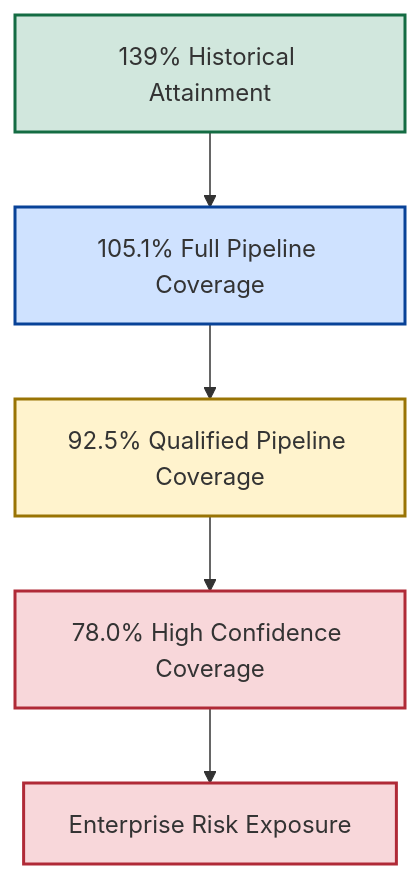
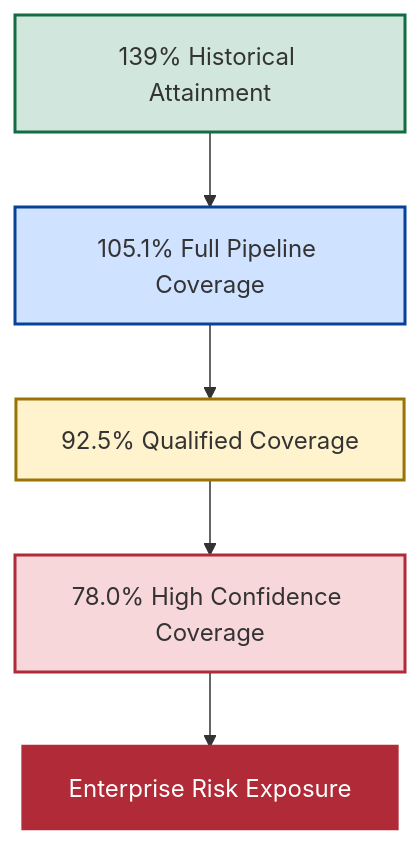
Before and after one commit to AwesomeAnil/newbridge-saas-operating-system: the third of 4 diagrams in README.md, drawn with Mermaid. The commit also changed other lines of this file and 1 other file, not shown here.

````diff
--- a/README.md
+++ b/README.md
@@ -145,19 +197,23 @@
 ```mermaid
 flowchart TD
 
 A["139% Historical Attainment"]
 
-A --> B["105.1% Full Pipeline Coverage"]
+--> B["105.1% Full Pipeline Coverage"]
 
-B --> C["92.5% Qualified Pipeline Coverage"]
+--> C["92.5% Qualified Coverage"]
 
-C --> D["78.0% High Confidence Coverage"]
+--> D["78.0% High Confidence Coverage"]
 
-D --> E["Enterprise Risk Exposure"]
+--> E["Enterprise Risk Exposure"]
 
 style A fill:#d1e7dd,stroke:#146c43,stroke-width:2px
+
 style B fill:#cfe2ff,stroke:#084298,stroke-width:2px
+
 style C fill:#fff3cd,stroke:#997404,stroke-width:2px
+
 style D fill:#f8d7da,stroke:#b02a37,stroke-width:2px
-style E fill:#f8d7da,stroke:#b02a37,stroke-width:2px
+
+style E fill:#b02a37,color:#ffffff,stroke:#b02a37,stroke-width:3px
 ```
````
